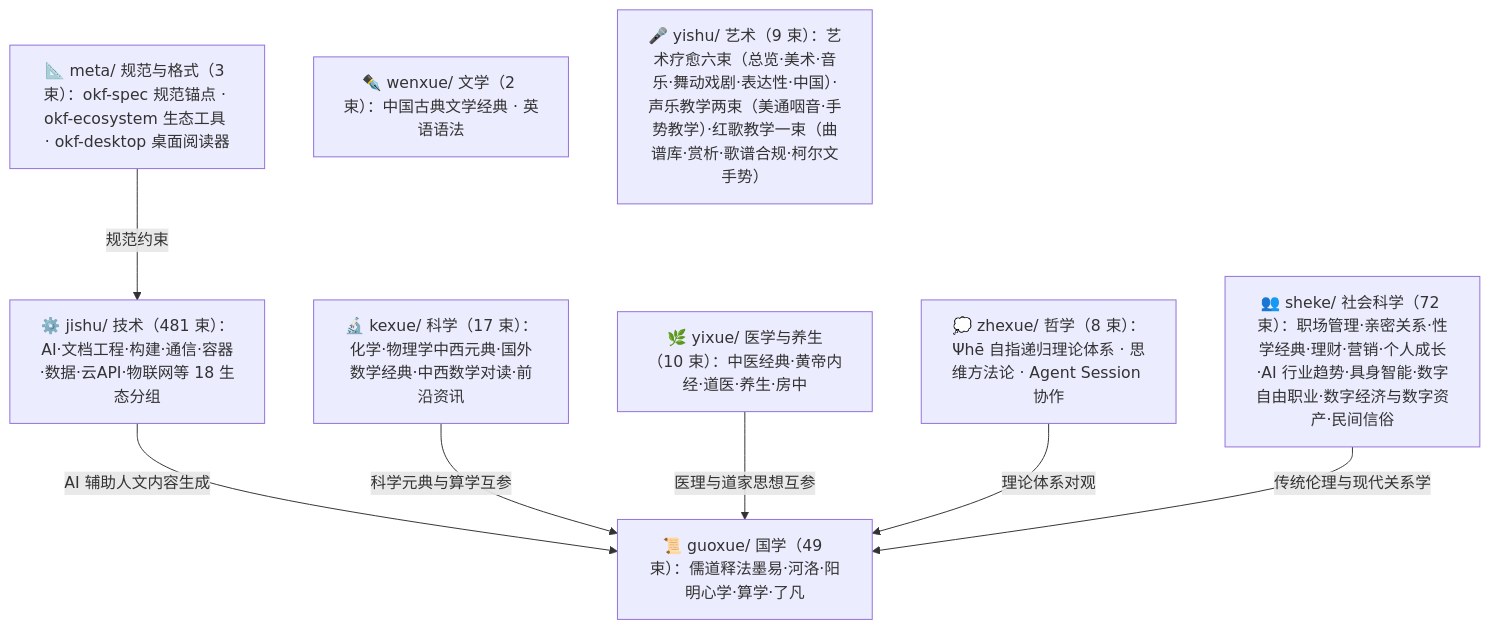
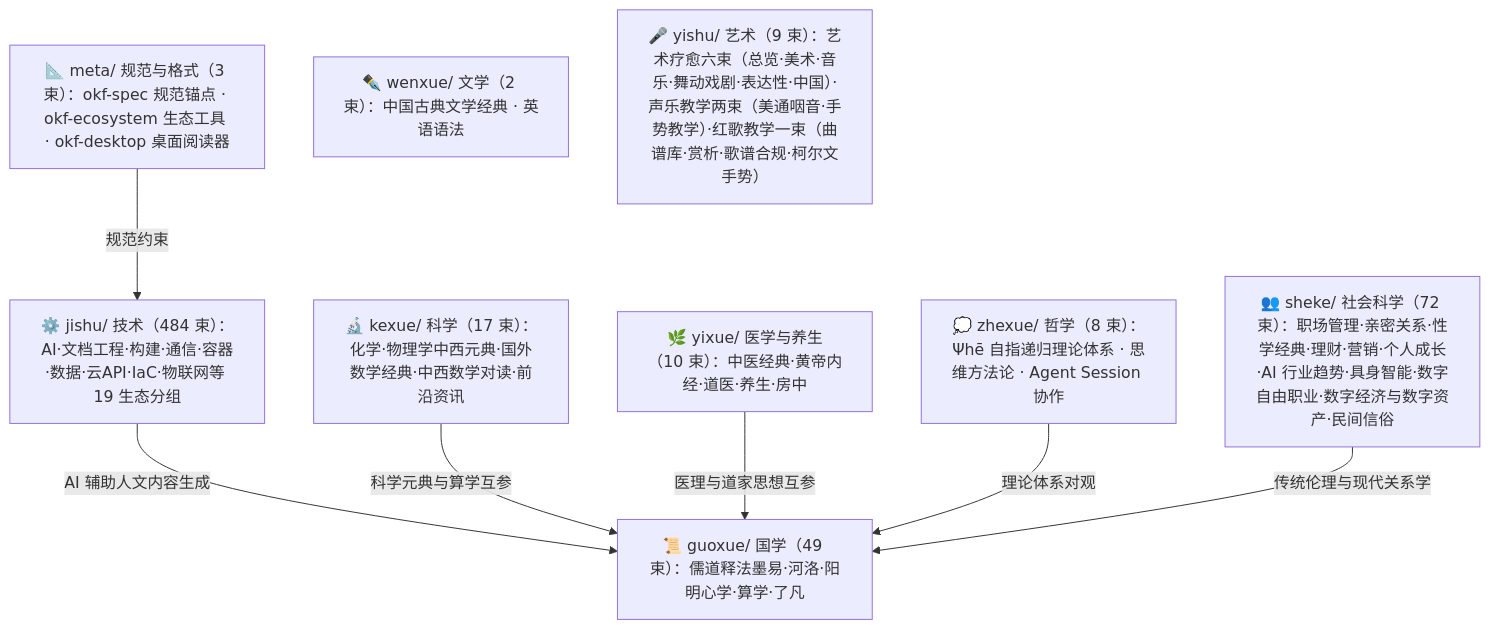
The diagram in doc/bundles/index.md (awesome-flexloop/awesome-okf), drawn with Mermaid before and after one commit. The commit also changed other lines of this file and 83 other files, not shown here.

````diff
--- a/doc/bundles/index.md
+++ b/doc/bundles/index.md
@@ -21,18 +21,18 @@
 ```mermaid
 flowchart TD
     meta["📐 meta/ 规范与格式（3 束）：okf-spec 规范锚点 · okf-ecosystem 生态工具 · okf-desktop 桌面阅读器"]
     guoxue["📜 guoxue/ 国学（49 束）：儒道释法墨易·河洛·阳明心学·算学·了凡"]
     zhexue["💭 zhexue/ 哲学（8 束）：Ψhē 自指递归理论体系 · 思维方法论 · Agent Session 协作"]
     kexue["🔬 kexue/ 科学（17 束）：化学·物理学中西元典·国外数学经典·中西数学对读·前沿资讯"]
     wenxue["✒️ wenxue/ 文学（2 束）：中国古典文学经典 · 英语语法"]
     yixue["🌿 yixue/ 医学与养生（10 束）：中医经典·黄帝内经·道医·养生·房中"]
     sheke["👥 sheke/ 社会科学（72 束）：职场管理·亲密关系·性学经典·理财·营销·个人成长·AI 行业趋势·具身智能·数字自由职业·数字经济与数字资产·民间信俗"]
     yishu["🎤 yishu/ 艺术（9 束）：艺术疗愈六束（总览·美术·音乐·舞动戏剧·表达性·中国）·声乐教学两束（美通咽音·手势教学）·红歌教学一束（曲谱库·赏析·歌谱合规·柯尔文手势）"]
-    jishu["⚙️ jishu/ 技术（481 束）：AI·文档工程·构建·通信·容器·数据·云API·物联网等 18 生态分组"]
+    jishu["⚙️ jishu/ 技术（484 束）：AI·文档工程·构建·通信·容器·数据·云API·IaC·物联网等 19 生态分组"]
     meta -->|"规范约束"| jishu
     jishu -->|"AI 辅助人文内容生成"| guoxue
     kexue -->|"科学元典与算学互参"| guoxue
     yixue -->|"医理与道家思想互参"| guoxue
     zhexue -->|"理论体系对观"| guoxue
     sheke -->|"传统伦理与现代关系学"| guoxue
 ```
````
